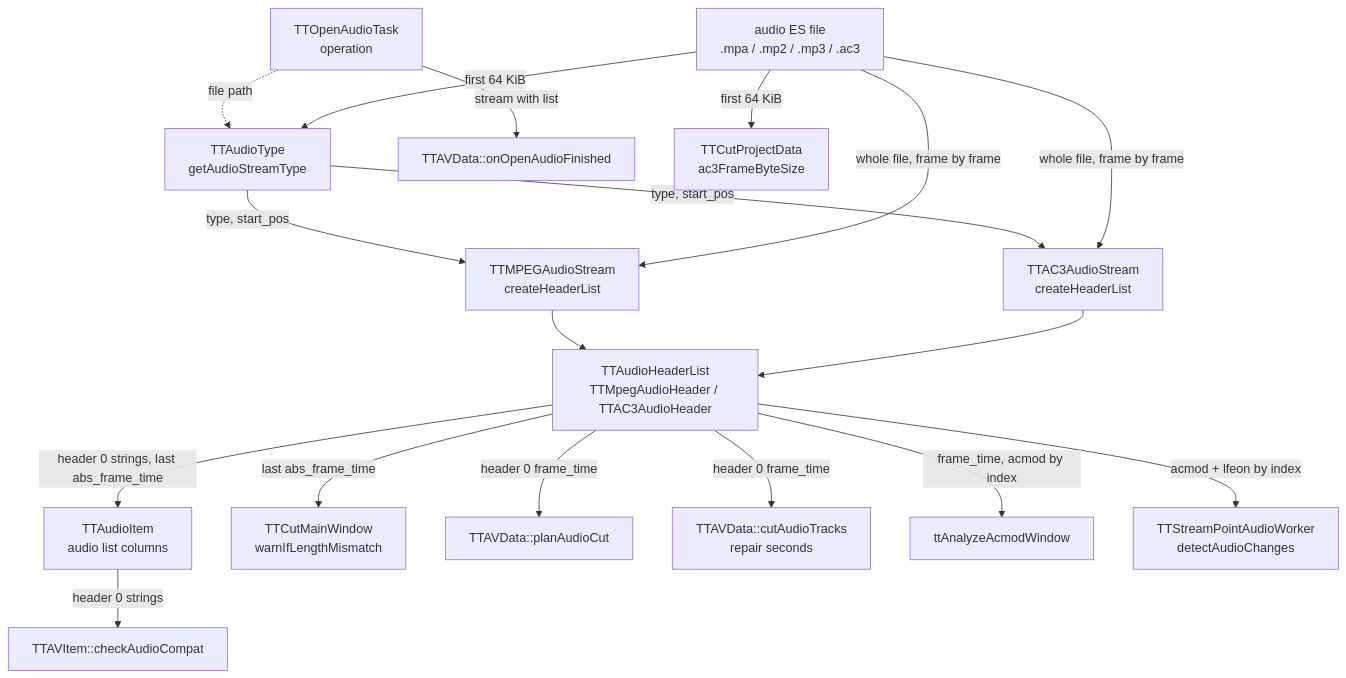
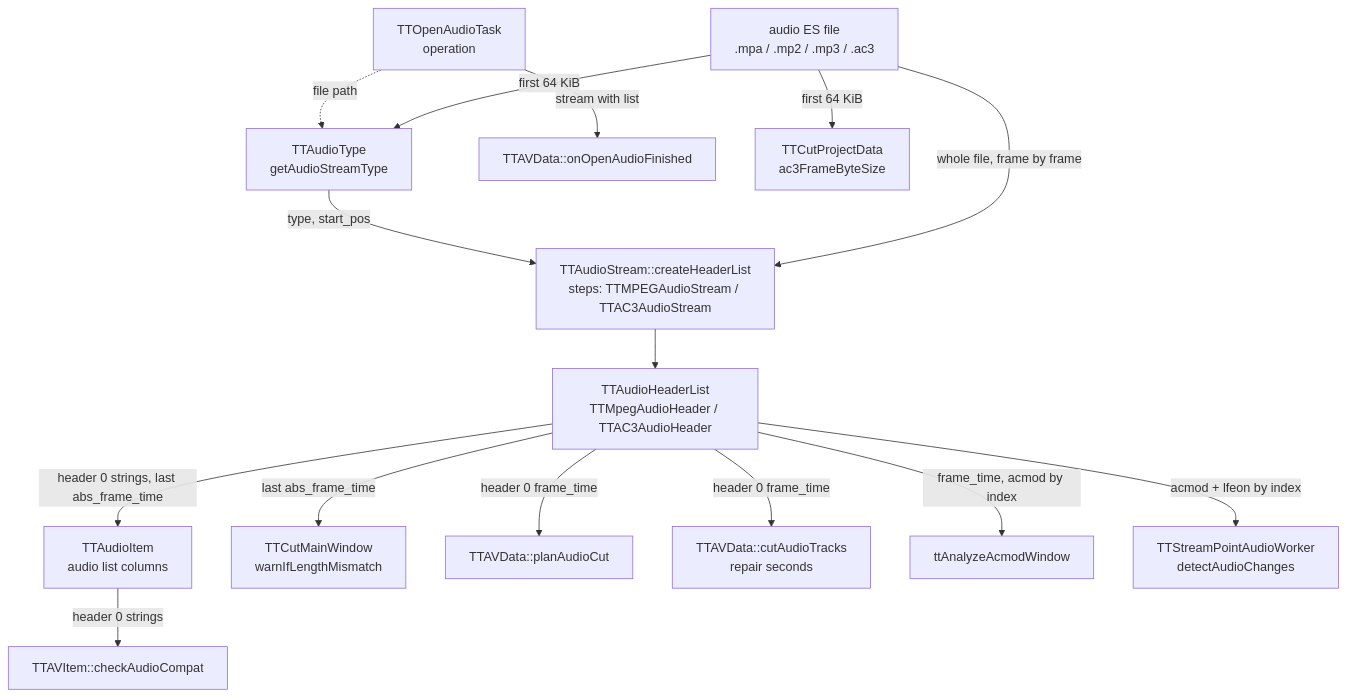
One commit to MINIXJR/TTCut-ng changed the diagram in docs/code-map/audio-es-input.md. Above: the diagram before and after it, drawn with Mermaid. The commit also changed other lines of this file and 10 other files, not shown here.

First line of the commit message:
Walk the MPEG audio and AC3 header lists in one loop

````diff
--- a/docs/code-map/audio-es-input.md
+++ b/docs/code-map/audio-es-input.md
@@ -61,36 +61,32 @@
 ```mermaid
 flowchart TD
     FILE["audio ES file<br/>.mpa / .mp2 / .mp3 / .ac3"]
     OPEN["TTOpenAudioTask<br/>operation"]
     TYPE["TTAudioType<br/>getAudioStreamType"]
-    MPS["TTMPEGAudioStream<br/>createHeaderList"]
-    AC3S["TTAC3AudioStream<br/>createHeaderList"]
+    WALK["TTAudioStream::createHeaderList<br/>steps: TTMPEGAudioStream / TTAC3AudioStream"]
     HL["TTAudioHeaderList<br/>TTMpegAudioHeader / TTAC3AudioHeader"]
     FIN["TTAVData::onOpenAudioFinished"]
     ITEM["TTAudioItem<br/>audio list columns"]
     COMPAT["TTAVItem::checkAudioCompat"]
     LEN["TTCutMainWindow<br/>warnIfLengthMismatch"]
     PLAN["TTAVData::planAudioCut"]
     REP["TTAVData::cutAudioTracks<br/>repair seconds"]
     ACMOD["ttAnalyzeAcmodWindow"]
     SPW["TTStreamPointAudioWorker<br/>detectAudioChanges"]
     PROJ["TTCutProjectData<br/>ac3FrameByteSize"]
 
     OPEN -.->|file path| TYPE
     FILE -->|first 64 KiB| TYPE
-    TYPE -->|type, start_pos| MPS
-    TYPE -->|type, start_pos| AC3S
-    FILE -->|whole file, frame by frame| MPS
-    FILE -->|whole file, frame by frame| AC3S
-    MPS --> HL
-    AC3S --> HL
+    TYPE -->|type, start_pos| WALK
+    FILE -->|whole file, frame by frame| WALK
+    WALK --> HL
     OPEN -->|stream with list| FIN
     HL -->|header 0 strings, last abs_frame_time| ITEM
     ITEM -->|header 0 strings| COMPAT
     HL -->|last abs_frame_time| LEN
     HL -->|header 0 frame_time| PLAN
     HL -->|header 0 frame_time| REP
     HL -->|frame_time, acmod by index| ACMOD
     HL -->|acmod + lfeon by index| SPW
     FILE -->|first 64 KiB| PROJ
 ```
````
